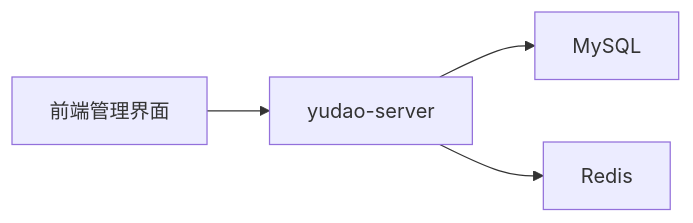
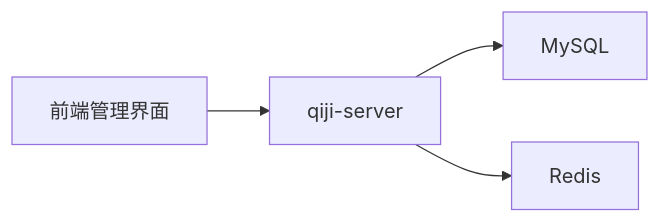
The fifth of 5 diagrams in backend/.qoder/repowiki/zh/content/部署与运维/运维管理.md (zhuangpengLI/AgenticCPS), drawn with Mermaid before and after one commit. The commit also changed other lines of this file and 3489 other files, not shown here.

````diff
--- a/backend/.qoder/repowiki/zh/content/部署与运维/运维管理.md
+++ b/backend/.qoder/repowiki/zh/content/部署与运维/运维管理.md
@@ -330,6 +330,6 @@
 ```mermaid
 graph LR
-S["yudao-server"] --> DB["MySQL"]
+S["qiji-server"] --> DB["MySQL"]
 S --> RC["Redis"]
 FE["前端管理界面"] --> S
 ```
````
